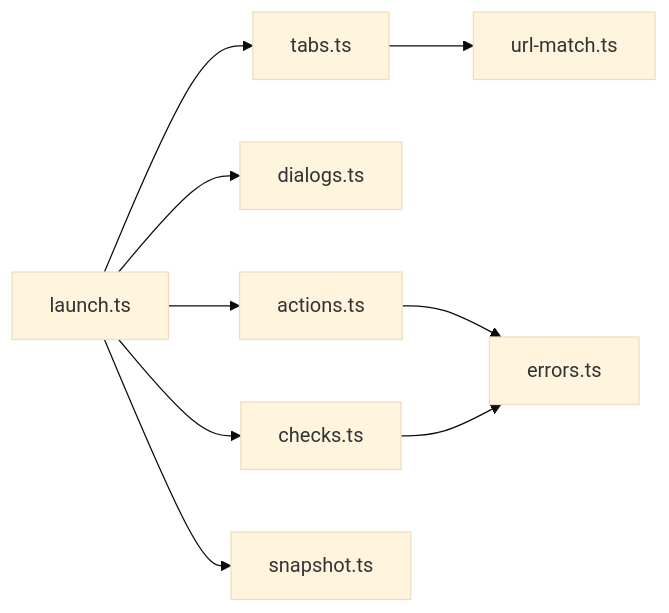
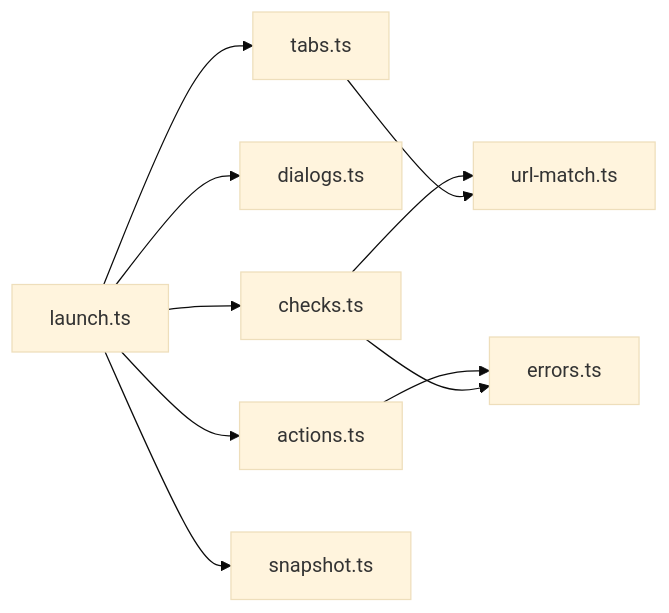
The third of 3 diagrams in docs/tech/browser-adapter.md (yike2/Jevwright), drawn with Mermaid (base theme) before and after one commit. The commit also changed other lines of this file and 1 other file, not shown here.

````diff
--- a/docs/tech/browser-adapter.md
+++ b/docs/tech/browser-adapter.md
@@ -297,11 +314,12 @@
 ```mermaid
 flowchart LR
   launch[launch.ts] --> tabs[tabs.ts]
   launch --> dialogs[dialogs.ts]
   launch --> actions[actions.ts]
   launch --> checks[checks.ts]
   launch --> snapshot[snapshot.ts]
   actions --> errors[errors.ts]
   checks --> errors
-  tabs --> url[url-match.ts]
+  checks --> url[url-match.ts]
+  tabs --> url
 ```
````
